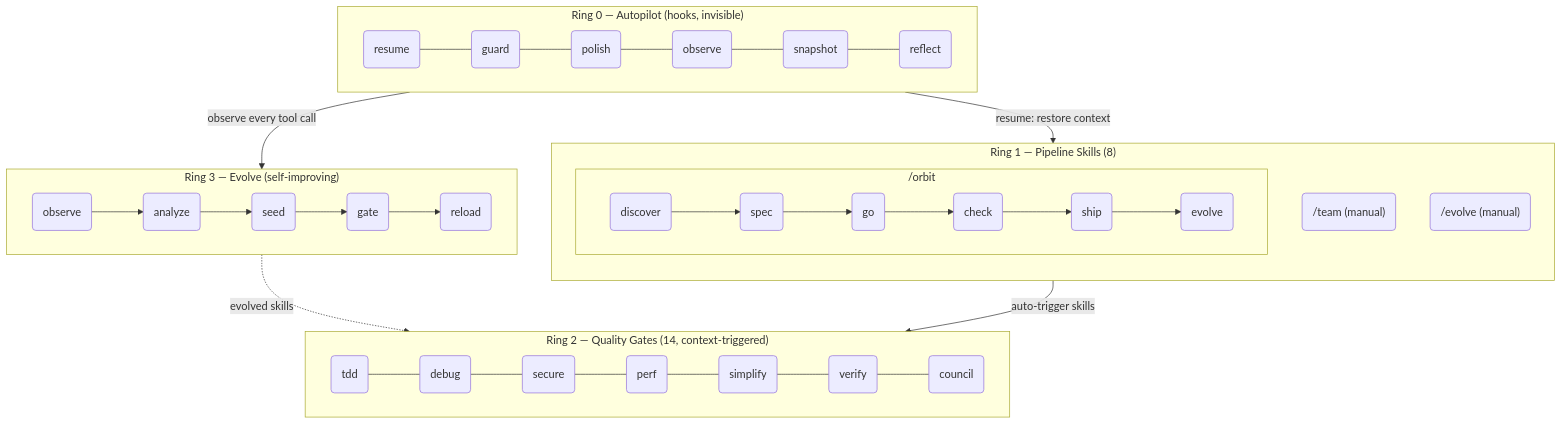
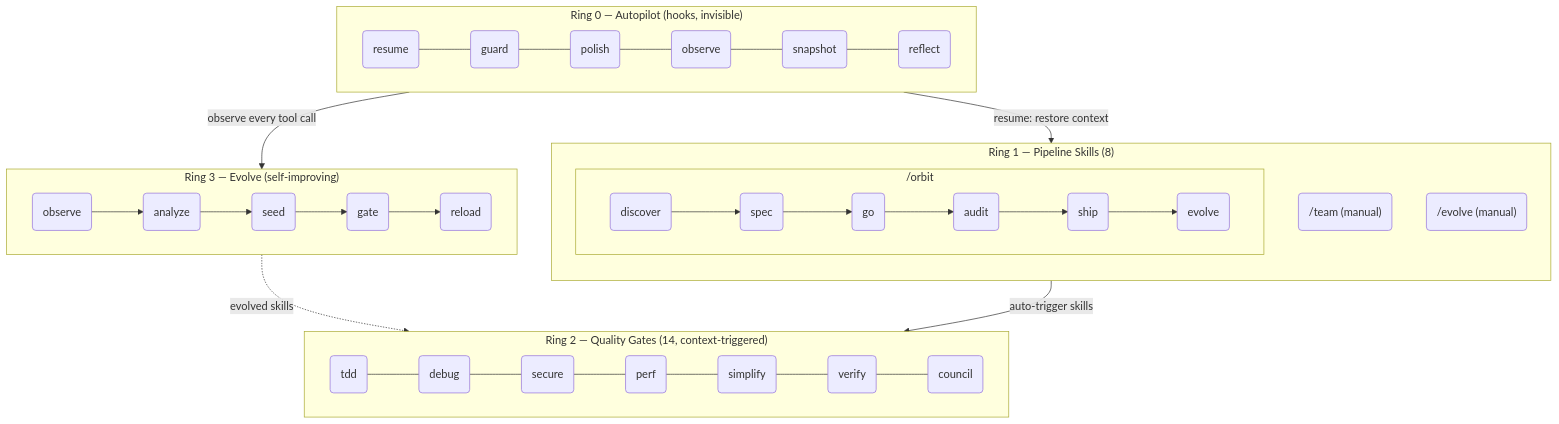
Before and after one commit to epicsagas/epic-harness: the second of 2 diagrams in i18n/zh-CN/README.md, drawn with Mermaid. The commit also changed other lines of this file and 28 other files, not shown here.

First line of the commit message:
refactor(skills): rename check skill to audit

````diff
--- a/i18n/zh-CN/README.md
+++ b/i18n/zh-CN/README.md
@@ -426,32 +426,32 @@
 ```mermaid
 flowchart TB
     subgraph R0["Ring 0 — Autopilot (hooks, invisible)"]
         direction LR
         h1(resume) --- h2(guard) --- h3(polish) --- h4(observe) --- h5(snapshot) --- h6(reflect)
     end
 
     subgraph R1["Ring 1 — Pipeline Skills (8)"]
         direction TB
         subgraph orbit_wrap["  /orbit  "]
             direction LR
-            c1("discover") --> c2("spec") --> c3("go") --> c4("check") --> c5("ship") --> c6("evolve")
+            c1("discover") --> c2("spec") --> c3("go") --> c4("audit") --> c5("ship") --> c6("evolve")
         end
         c7("/team (manual)")
         c8("/evolve (manual)")
     end
 
     subgraph R2["Ring 2 — Quality Gates (14, context-triggered)"]
         direction LR
         s1(tdd) --- s2(debug) --- s3(secure) --- s4(perf) --- s5(simplify) --- s6(verify) --- s7(council)
     end
 
     subgraph R3["Ring 3 — Evolve (self-improving)"]
         direction LR
         e1(observe) --> e2(analyze) --> e3(seed) --> e4(gate) --> e5(reload)
     end
 
     R0 -->|"observe every tool call"| R3
     R3 -.->|"evolved skills"| R2
     R1 -->|"auto-trigger skills"| R2
     R0 -->|"resume: restore context"| R1
 ```
````
